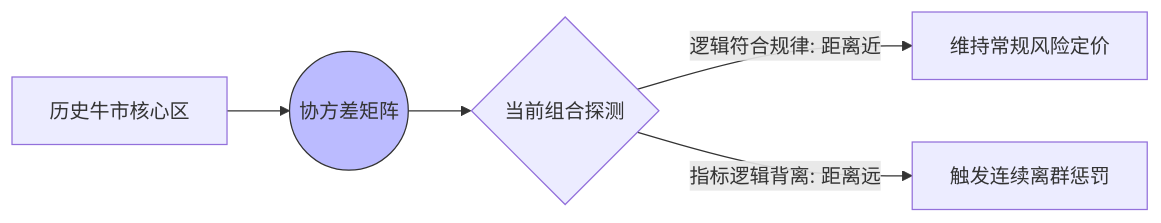
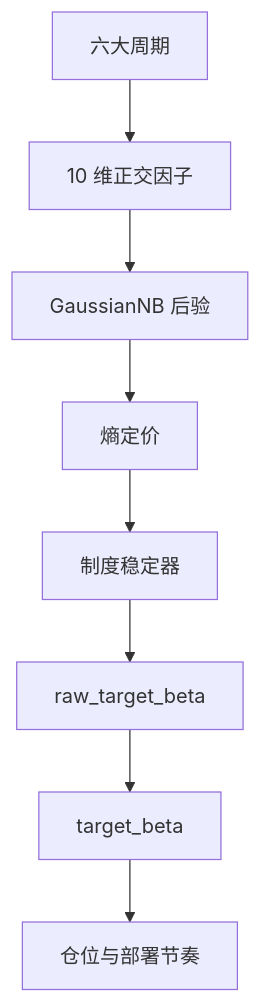
The ninth of 10 diagrams in docs/V11_5_USER_PHILOSOPHY.md (yutaofr/qqq-buyer-monitor), drawn with Mermaid before and after one commit. The commit also changed other lines of this file and 1 other file, not shown here.

````diff
--- a/docs/V11_5_USER_PHILOSOPHY.md
+++ b/docs/V11_5_USER_PHILOSOPHY.md
@@ -429,8 +590,10 @@
 ```mermaid
-graph LR
-    A[历史牛市核心区] --> B((协方差矩阵))
-    B --> C{当前组合探测}
-    C -- 逻辑符合规律: 距离近 --> D[维持常规风险定价]
-    C -- 指标逻辑背离: 距离远 --> E[触发连续离群惩罚]
-    style B fill:#bbf,stroke:#333
+flowchart TB
+    A[六大周期] --> B[10 维正交因子]
+    B --> C[GaussianNB 后验]
+    C --> D[熵定价]
+    D --> E[制度稳定器]
+    E --> F[raw_target_beta]
+    F --> G[target_beta]
+    G --> H[仓位与部署节奏]
 ```
````
